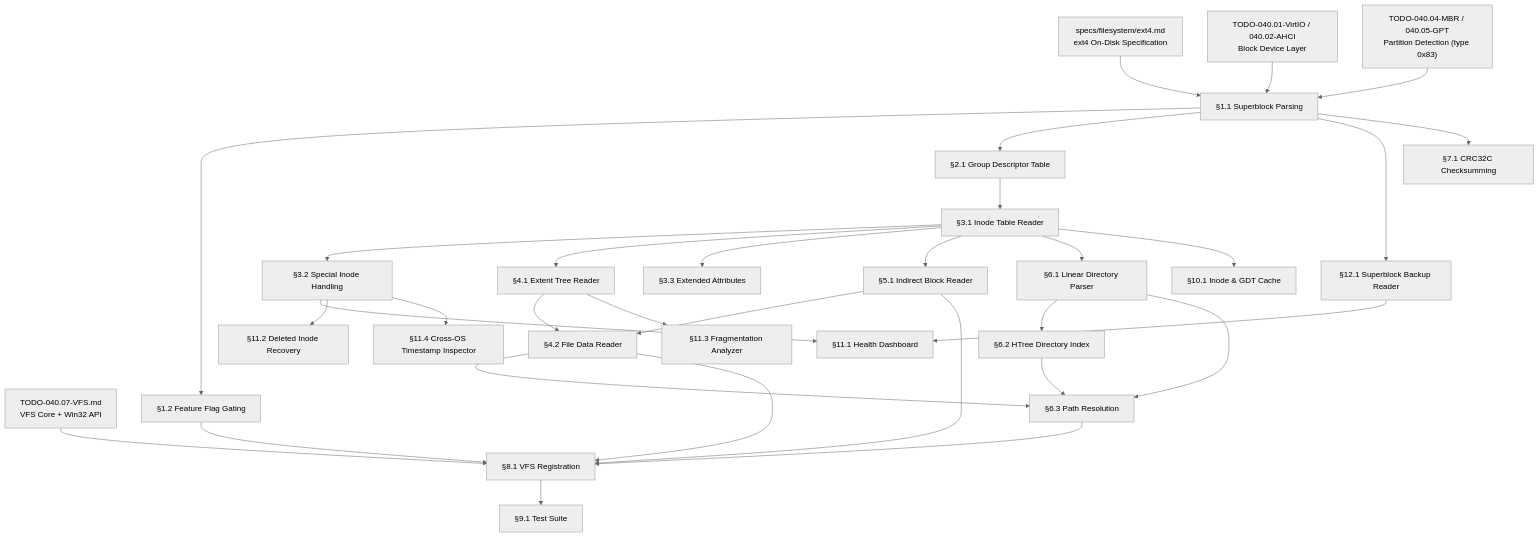
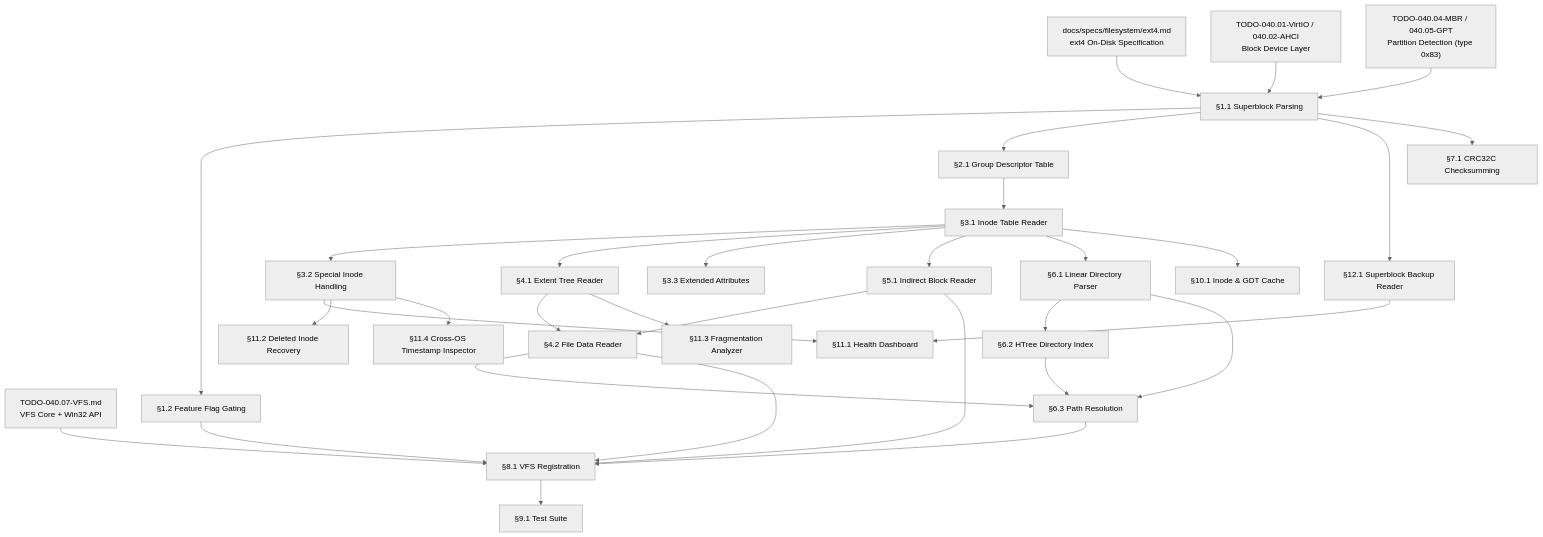
One commit to rizonesoft/impossible-os changed the diagram in todo/010-Kernel-Foundations/TODO-040-Filesystem/TODO-040.09-ext4.md. Above: the diagram before and after it, drawn with Mermaid (neutral theme). The commit also changed other lines of this file and 54 other files, not shown here.

````diff
--- a/todo/010-Kernel-Foundations/TODO-040-Filesystem/TODO-040.09-ext4.md
+++ b/todo/010-Kernel-Foundations/TODO-040-Filesystem/TODO-040.09-ext4.md
@@ -39,61 +39,61 @@
 ```mermaid
 graph TD
-    SPEC["specs/filesystem/ext4.md<br/>ext4 On-Disk Specification"]
+    SPEC["docs/specs/filesystem/ext4.md<br/>ext4 On-Disk Specification"]
     BLK["TODO-040.01-VirtIO / 040.02-AHCI<br/>Block Device Layer"]
     PART["TODO-040.04-MBR / 040.05-GPT<br/>Partition Detection (type 0x83)"]
     VFS["TODO-040.07-VFS.md<br/>VFS Core + Win32 API"]
 
     A["§1.1 Superblock Parsing"]
     B["§1.2 Feature Flag Gating"]
     SB["§12.1 Superblock Backup Reader"]
     C["§2.1 Group Descriptor Table"]
     D["§3.1 Inode Table Reader"]
     E["§3.2 Special Inode Handling"]
     F["§3.3 Extended Attributes"]
     G["§4.1 Extent Tree Reader"]
     H["§4.2 File Data Reader"]
     I["§5.1 Indirect Block Reader"]
     J["§6.1 Linear Directory Parser"]
     K["§6.2 HTree Directory Index"]
     L["§6.3 Path Resolution"]
     M["§7.1 CRC32C Checksumming"]
     N["§8.1 VFS Registration"]
     O["§9.1 Test Suite"]
     P["§10.1 Inode & GDT Cache"]
     Q["§11.1 Health Dashboard"]
     R["§11.2 Deleted Inode Recovery"]
     S["§11.3 Fragmentation Analyzer"]
     T["§11.4 Cross-OS Timestamp Inspector"]
 
     SPEC --> A
     BLK --> A
     PART --> A
     A --> B
     A --> C
     A --> SB
     A --> M
     C --> D
     D --> E
     D --> G
     D --> F
     D --> I
     D --> J
     D --> P
     G --> H
     I --> H
     H --> L
     H --> N
     J --> K
     J --> L
     K --> L
     L --> N
     VFS --> N
     B --> N
     I --> N
     N --> O
     E --> Q
     E --> R
     G --> S
     E --> T
     SB --> Q
 ```
````
